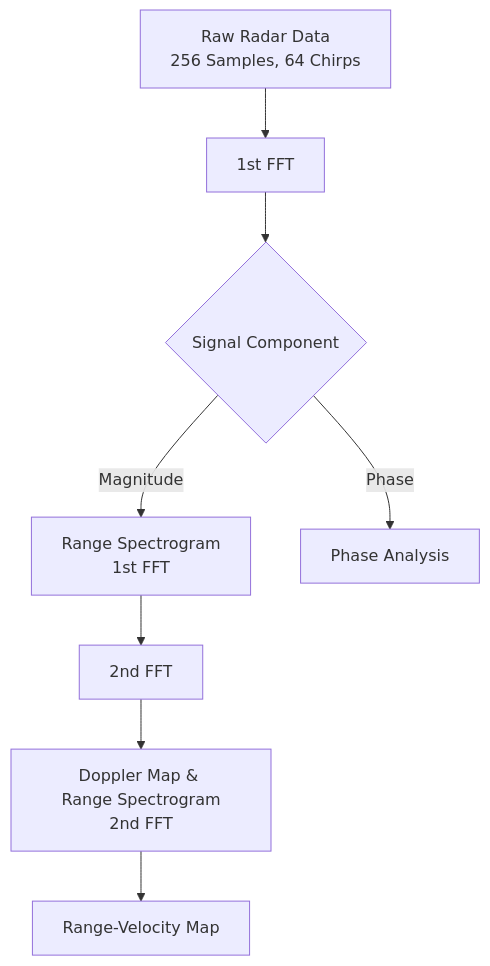
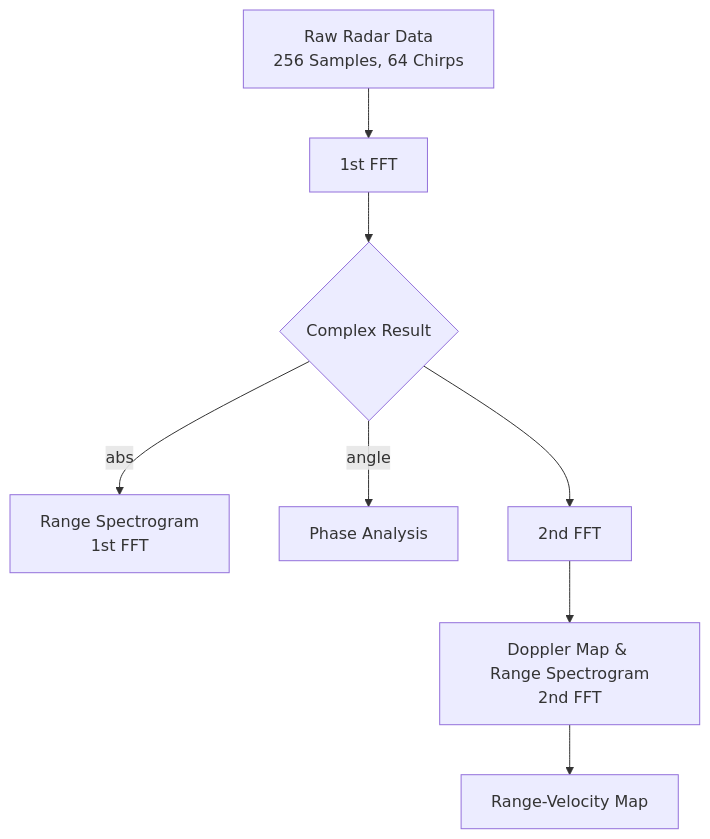
The second of 2 diagrams in 01_Vital_Sensing/README.md (Floralscent/radar-signal-processing), drawn with Mermaid before and after one commit.

````diff
--- a/01_Vital_Sensing/README.md
+++ b/01_Vital_Sensing/README.md
@@ -68,10 +68,15 @@
 ```mermaid
 graph TD
-    A[Raw Radar Data <br/> 256 Samples, 64 Chirps] --> B[1st FFT]
-    B --> C{Signal Component}
-    C -->|Magnitude| D[Range Spectrogram <br/> 1st FFT]
-    C -->|Phase| E[Phase Analysis]
-    D --> F[2nd FFT]
+    A[Raw Radar Data <br/> 256 Samples, 64 Chirps] --> B[1st FFT <br/>]
+    B --> C{Complex Result}
+    
+    %% 시각화/분석 분기
+    C -->|abs| D[Range Spectrogram <br/> 1st FFT]
+    C -->|angle| E[Phase Analysis]
+    
+    %% 연산 흐름 (복소수 데이터 유지)
+    C --> F[2nd FFT <br/>]
+    
     F --> G[Doppler Map & <br/> Range Spectrogram 2nd FFT]
     G --> H[Range-Velocity Map]
 ```
````
